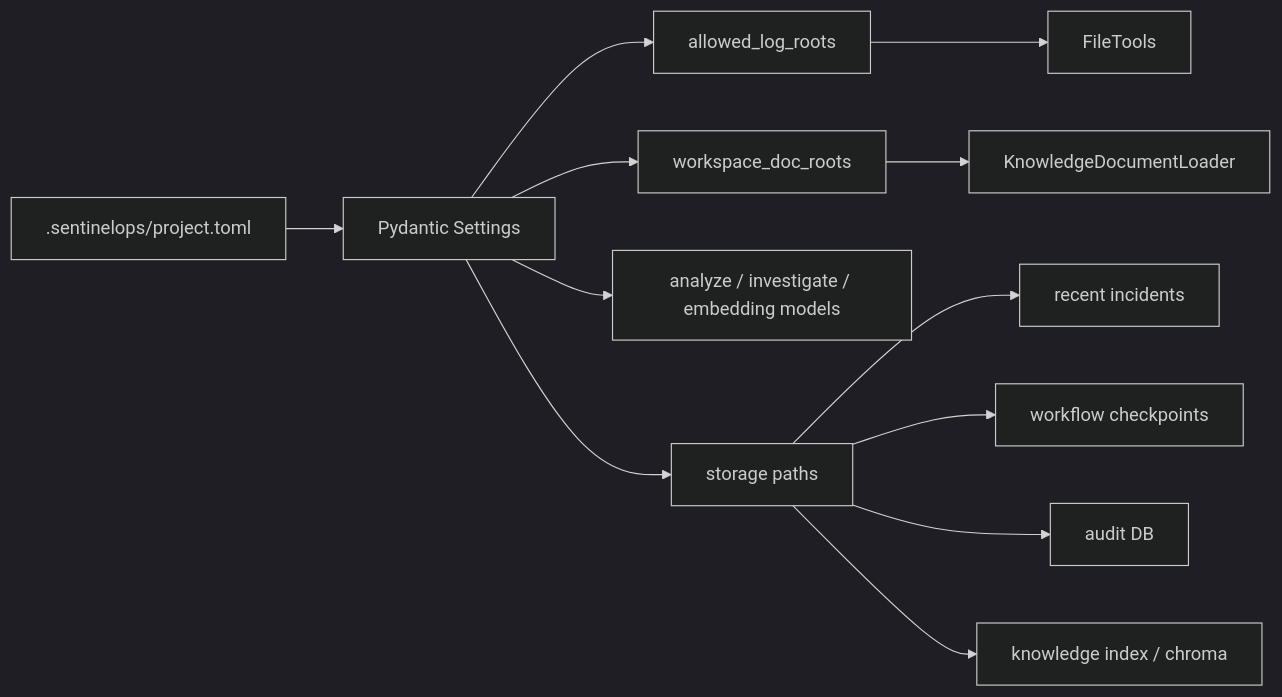
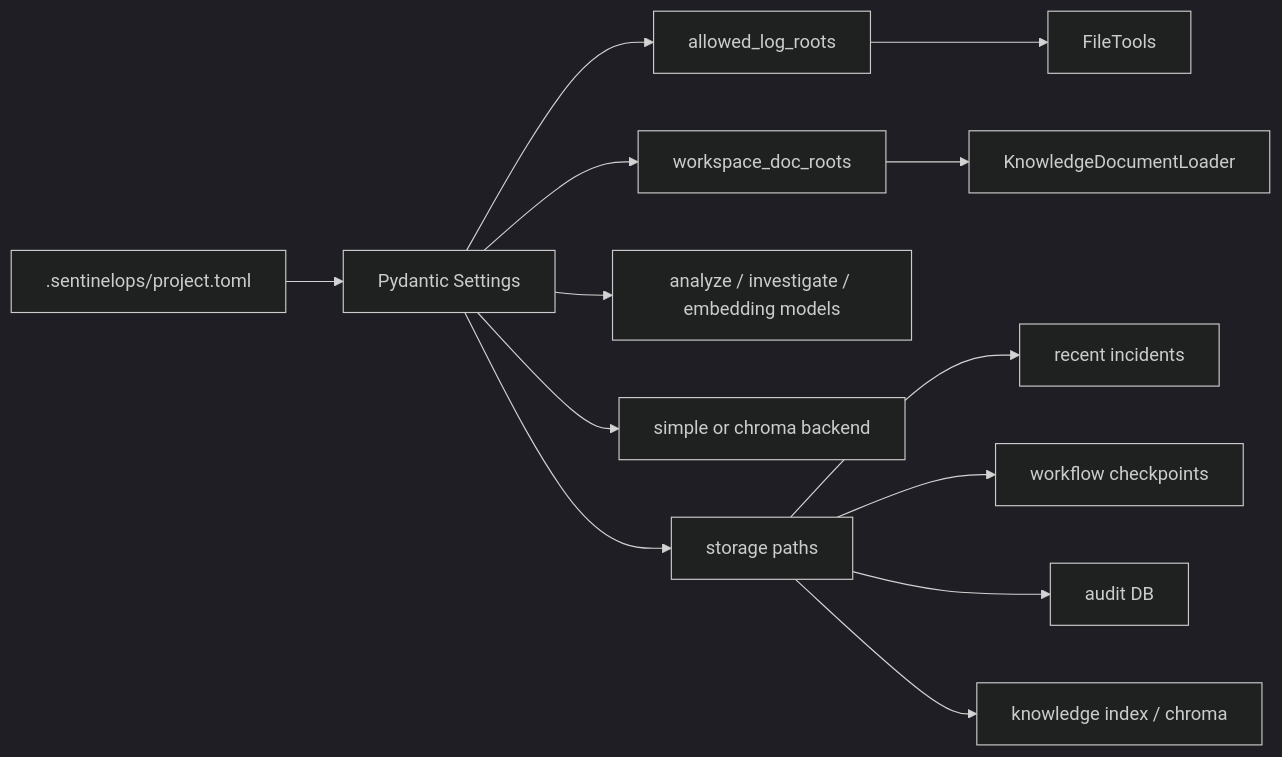
The seventh of 9 diagrams in docs/architecture.md (saikumar1767/Sentinel-Ops), drawn with Mermaid (dark theme) before and after one commit. The commit also changed other lines of this file and 39 other files, not shown here.

````diff
--- a/docs/architecture.md
+++ b/docs/architecture.md
@@ -171,14 +173,15 @@
 ```mermaid
 flowchart LR
     Manifest[".sentinelops/project.toml"] --> Settings["Pydantic Settings"]
     Settings --> LogRoots["allowed_log_roots"]
     Settings --> DocRoots["workspace_doc_roots"]
     Settings --> Models["analyze / investigate / embedding models"]
+    Settings --> Backend["simple or chroma backend"]
     Settings --> Storage["storage paths"]
     DocRoots --> Loader["KnowledgeDocumentLoader"]
     LogRoots --> Tools["FileTools"]
     Storage --> Incidents["recent incidents"]
     Storage --> Workflow["workflow checkpoints"]
     Storage --> Audit["audit DB"]
     Storage --> Index["knowledge index / chroma"]
 ```
````
